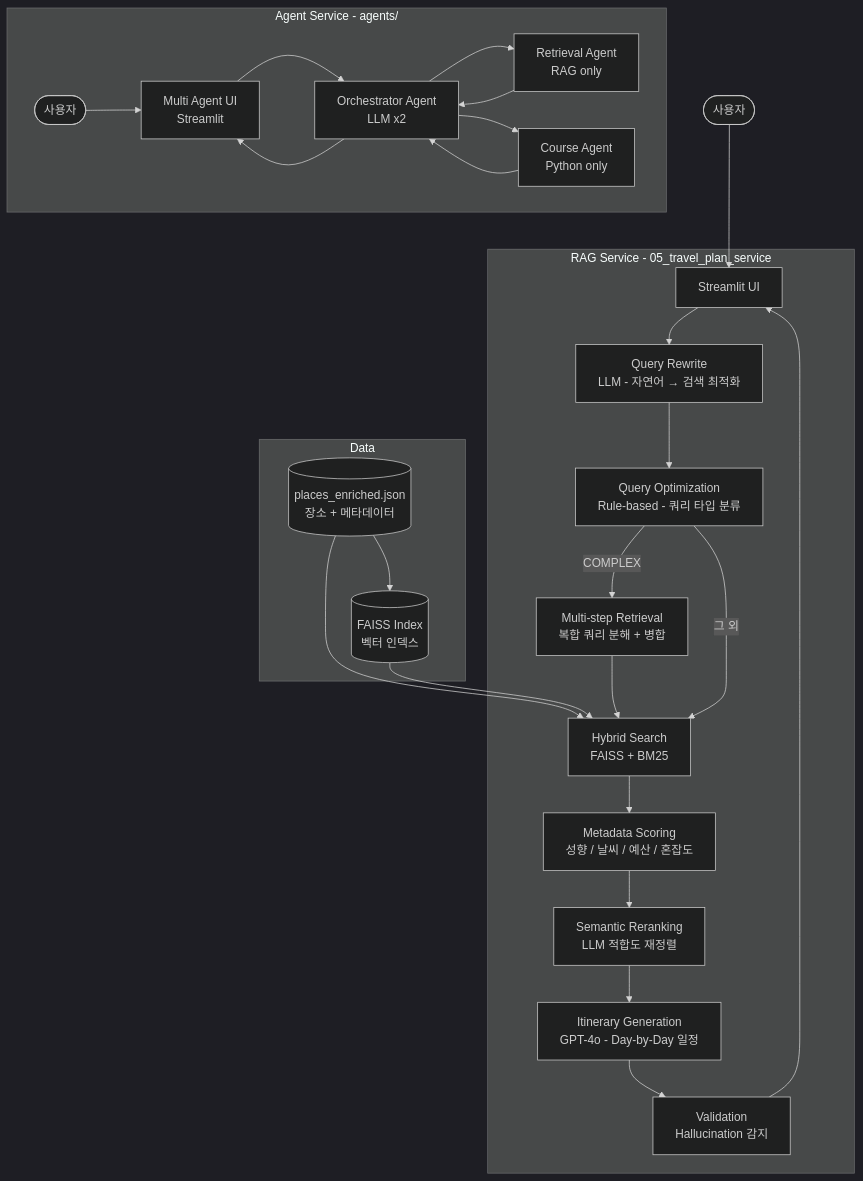
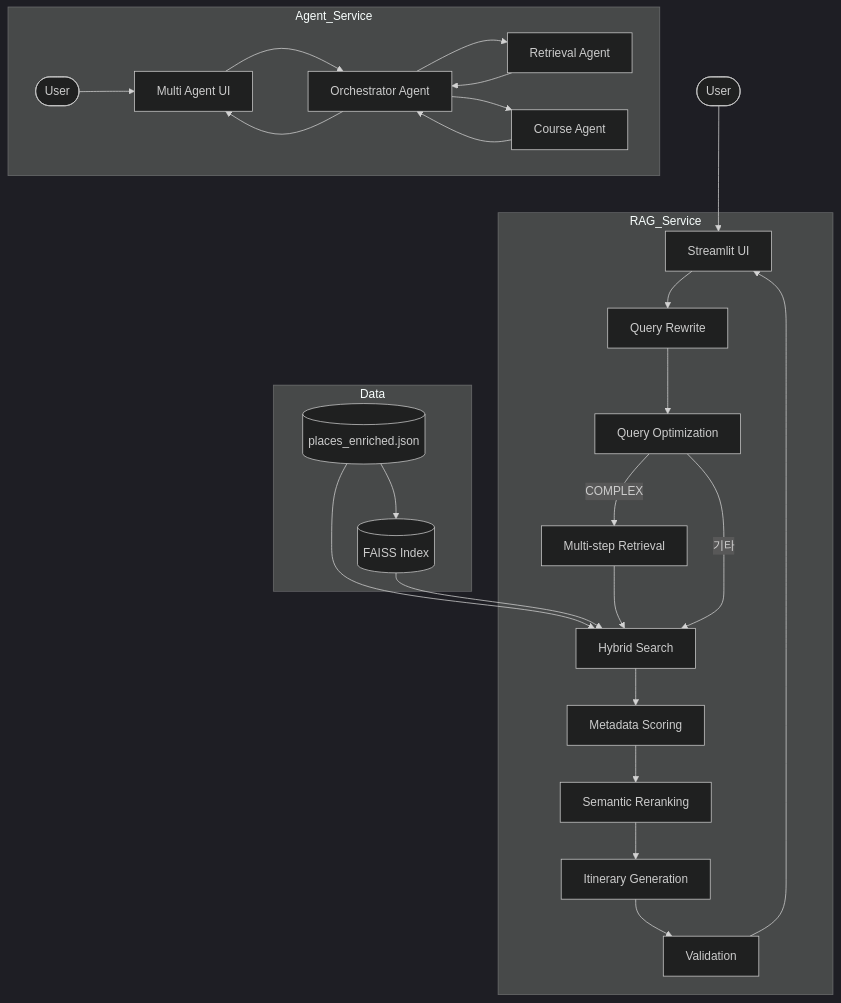
One commit to jinsung99123/travel_plan_service changed the first of 3 diagrams in README.md. Above: the diagram before and after it, drawn with Mermaid (dark theme). The commit also changed other lines of this file, not shown here.

Commit message:
README Mermaid 양식 적용

````diff
--- a/README.md
+++ b/README.md
@@ -93,37 +93,35 @@
 ```mermaid
 graph TD
-    U([사용자]) --> UI[Streamlit UI]
+    U([User]) --> UI[Streamlit UI]
 
-    subgraph RAG Service - 05_travel_plan_service
-        UI --> QR[Query Rewrite<br/>LLM - 자연어 → 검색 최적화]
-        QR --> QO[Query Optimization<br/>Rule-based - 쿼리 타입 분류]
-
-        QO -->|COMPLEX| MS[Multi-step Retrieval<br/>복합 쿼리 분해 + 병합]
-        QO -->|그 외| HS
-
-        MS --> HS[Hybrid Search<br/>FAISS + BM25]
-        HS --> MD[Metadata Scoring<br/>성향 / 날씨 / 예산 / 혼잡도]
-        MD --> SR[Semantic Reranking<br/>LLM 적합도 재정렬]
-        SR --> GEN[Itinerary Generation<br/>GPT-4o - Day-by-Day 일정]
-        GEN --> VAL[Validation<br/>Hallucination 감지]
+    subgraph RAG_Service
+        UI --> QR[Query Rewrite]
+        QR --> QO[Query Optimization]
+        QO -->|COMPLEX| MS[Multi-step Retrieval]
+        QO -->|기타| HS[Hybrid Search]
+        MS --> HS
+        HS --> MD[Metadata Scoring]
+        MD --> SR[Semantic Reranking]
+        SR --> GEN[Itinerary Generation]
+        GEN --> VAL[Validation]
         VAL --> UI
     end
 
-    subgraph Agent Service - agents/
-        UI2([사용자]) --> AG[Multi Agent UI<br/>Streamlit]
-        AG --> ORC[Orchestrator Agent<br/>LLM x2]
-        ORC --> RA[Retrieval Agent<br/>RAG only]
-        ORC --> CA[Course Agent<br/>Python only]
+    subgraph Agent_Service
+        UI2([User]) --> AG[Multi Agent UI]
+        AG --> ORC[Orchestrator Agent]
+        ORC --> RA[Retrieval Agent]
+        ORC --> CA[Course Agent]
         CA --> ORC
         RA --> ORC
         ORC --> AG
     end
 
     subgraph Data
-        DB[(places_enriched.json<br/>장소 + 메타데이터)]
-        IDX[(FAISS Index<br/>벡터 인덱스)]
+        DB[(places_enriched.json)]
+        IDX[(FAISS Index)]
         DB --> HS
         DB --> IDX
         IDX --> HS
     end
 ```
````
